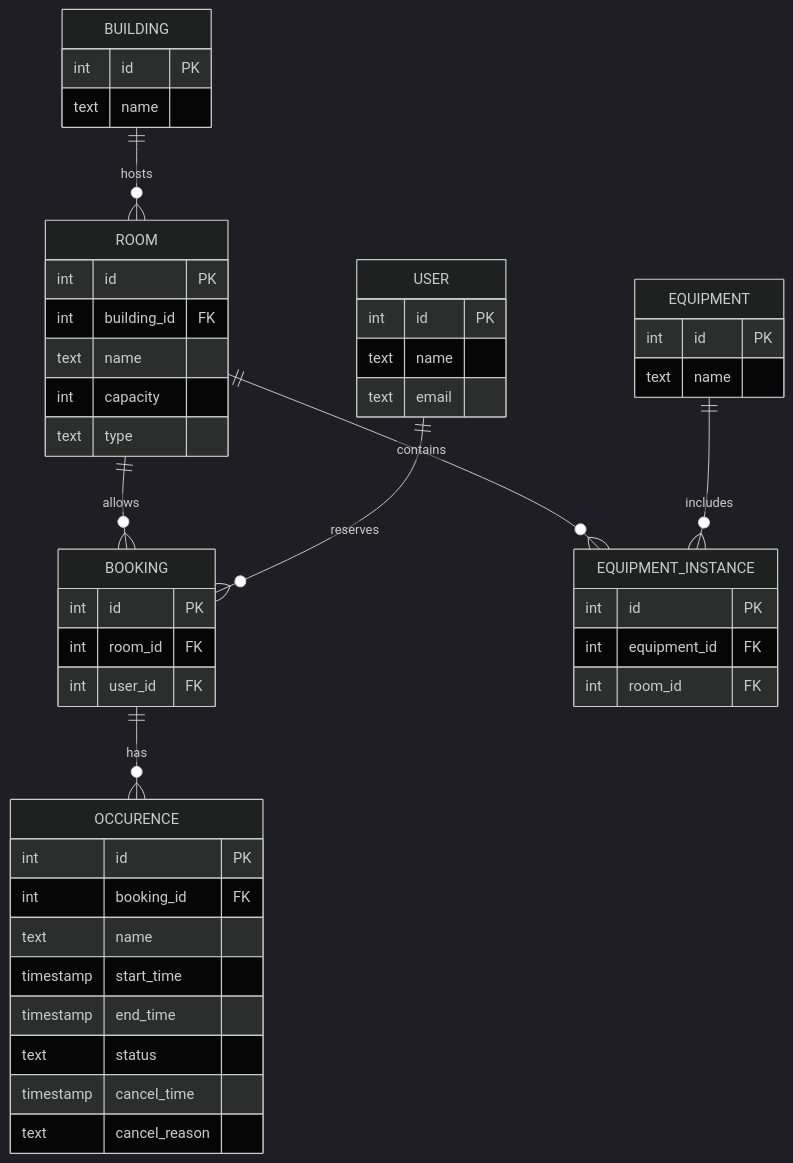
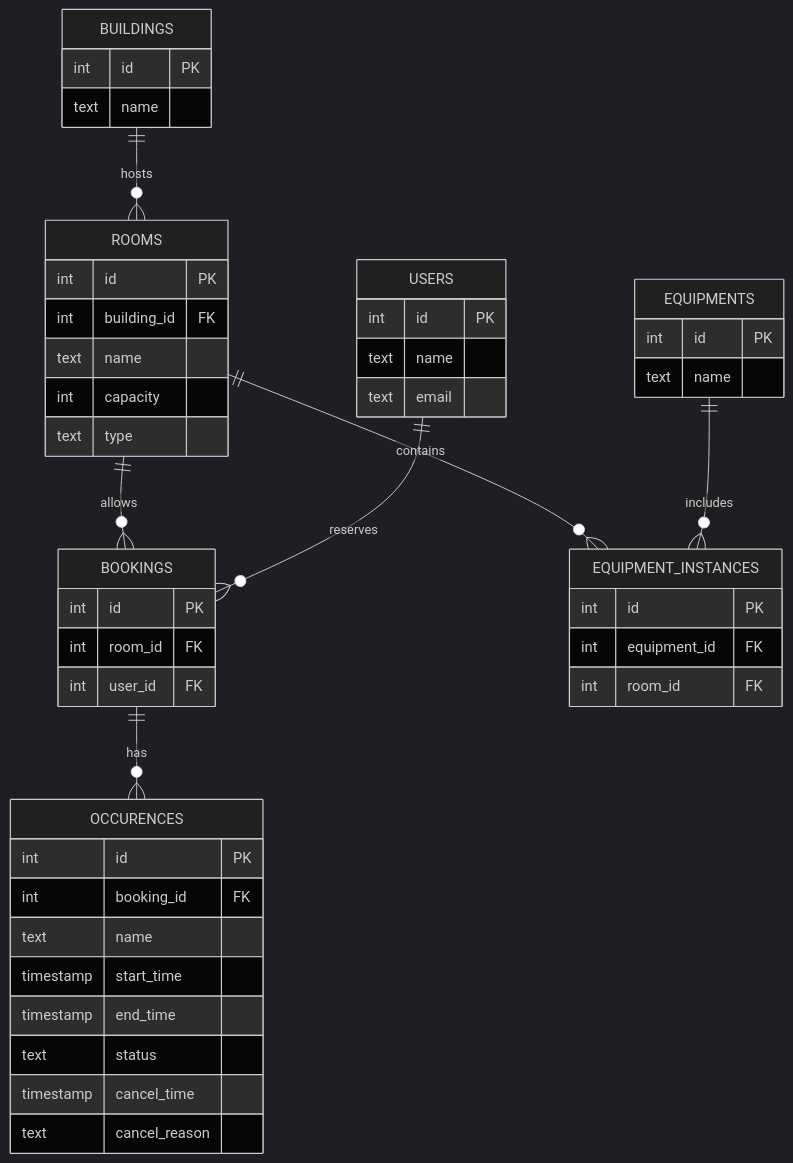
One commit to ndinhtrung/booking-server changed the diagram in design/er-diagram.md. Above: the diagram before and after it, drawn with Mermaid (dark theme).

Commit message:
Rename entities in ER diagram for consistency

````diff
--- a/design/er-diagram.md
+++ b/design/er-diagram.md
@@ -3,57 +3,57 @@
 ```mermaid
 erDiagram
 
-    BUILDING {
+    BUILDINGS {
         int        id               PK
         text       name
     }
 
-    ROOM {
+    ROOMS {
         int        id               PK
         int        building_id      FK
         text       name
         int        capacity
         text       type
     }
 
-    USER {
+    USERS {
         int        id               PK
         text       name
         text       email
     }
 
-    BOOKING {
+    BOOKINGS {
         int        id               PK
         int        room_id          FK
         int        user_id          FK
     }
 
-    OCCURENCE {
+    OCCURENCES {
         int        id               PK
         int        booking_id       FK
         text       name
         timestamp  start_time
         timestamp  end_time
         text       status
         timestamp  cancel_time
         text       cancel_reason
     }
 
-    EQUIPMENT {
+    EQUIPMENTS {
         int        id               PK
         text       name
     }
 
-    EQUIPMENT_INSTANCE {
+    EQUIPMENT_INSTANCES {
         int        id               PK
         int        equipment_id     FK
         int        room_id          FK
     }
 
-    BUILDING  ||--o{ ROOM                : "hosts"
-    ROOM      ||--o{ BOOKING             : "allows"
-    USER      ||--o{ BOOKING             : "reserves"
-    BOOKING   ||--o{ OCCURENCE           : "has"
-    ROOM      ||--o{ EQUIPMENT_INSTANCE  : "contains"
-    EQUIPMENT ||--o{ EQUIPMENT_INSTANCE  : "includes"
+    BUILDINGS  ||--o{ ROOMS                : "hosts"
+    ROOMS      ||--o{ BOOKINGS             : "allows"
+    USERS      ||--o{ BOOKINGS             : "reserves"
+    BOOKINGS   ||--o{ OCCURENCES           : "has"
+    ROOMS      ||--o{ EQUIPMENT_INSTANCES  : "contains"
+    EQUIPMENTS ||--o{ EQUIPMENT_INSTANCES  : "includes"
 ```
````
